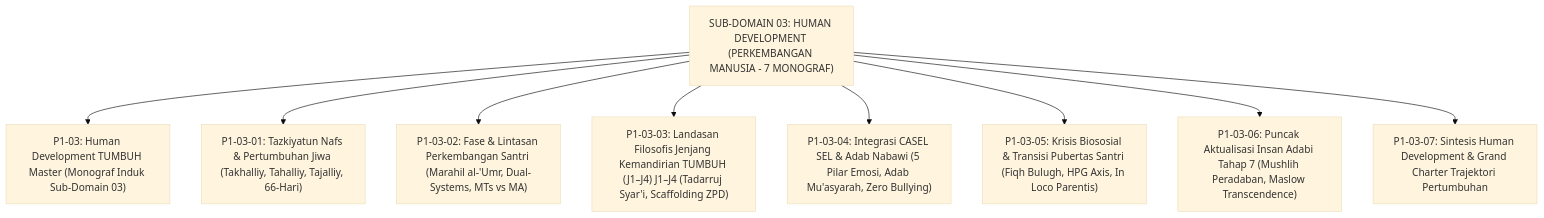
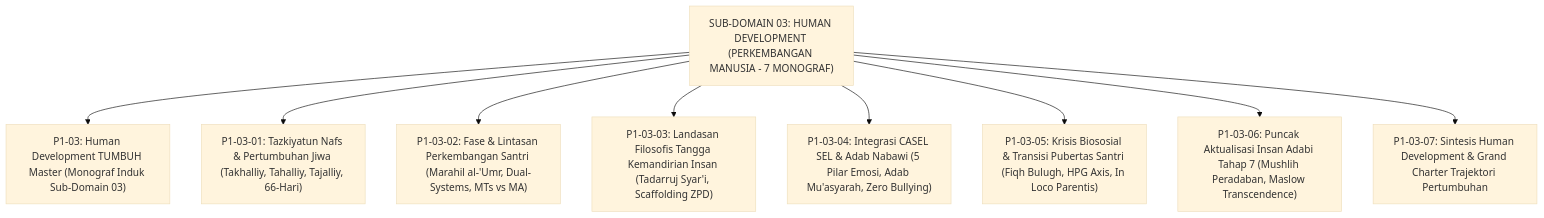
One commit to wandiapriliyandi/tumbuh changed the diagram in 01 Philosophy/03 Human Development/README.md. Above: the diagram before and after it, drawn with Mermaid (base theme). The commit also changed other lines of this file and 62 other files, not shown here.

````diff
--- a/01 Philosophy/03 Human Development/README.md
+++ b/01 Philosophy/03 Human Development/README.md
@@ -14,13 +14,13 @@
 ```mermaid
 graph TD
     HumanDev["SUB-DOMAIN 03: HUMAN DEVELOPMENT (PERKEMBANGAN MANUSIA - 7 MONOGRAF)"]
     
     HumanDev --> Master["P1-03: Human Development TUMBUH Master (Monograf Induk Sub-Domain 03)"]
     HumanDev --> M1["P1-03-01: Tazkiyatun Nafs & Pertumbuhan Jiwa (Takhalliy, Tahalliy, Tajalliy, 66-Hari)"]
     HumanDev --> M2["P1-03-02: Fase & Lintasan Perkembangan Santri (Marahil al-'Umr, Dual-Systems, MTs vs MA)"]
-    HumanDev --> M3["P1-03-03: Landasan Filosofis Jenjang Kemandirian TUMBUH (J1–J4) J1–J4 (Tadarruj Syar'i, Scaffolding ZPD)"]
+    HumanDev --> M3["P1-03-03: Landasan Filosofis Tangga Kemandirian Insan (Tadarruj Syar'i, Scaffolding ZPD)"]
     HumanDev --> M4["P1-03-04: Integrasi CASEL SEL & Adab Nabawi (5 Pilar Emosi, Adab Mu'asyarah, Zero Bullying)"]
     HumanDev --> M5["P1-03-05: Krisis Biososial & Transisi Pubertas Santri (Fiqh Bulugh, HPG Axis, In Loco Parentis)"]
     HumanDev --> M6["P1-03-06: Puncak Aktualisasi Insan Adabi Tahap 7 (Mushlih Peradaban, Maslow Transcendence)"]
     HumanDev --> M7["P1-03-07: Sintesis Human Development & Grand Charter Trajektori Pertumbuhan"]
 ```
````
